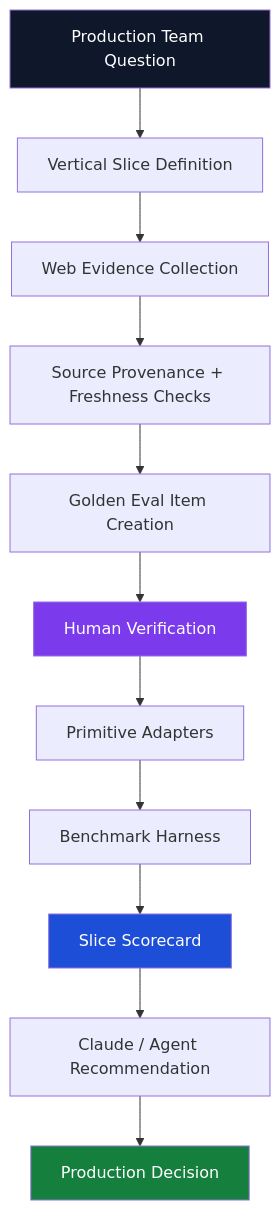
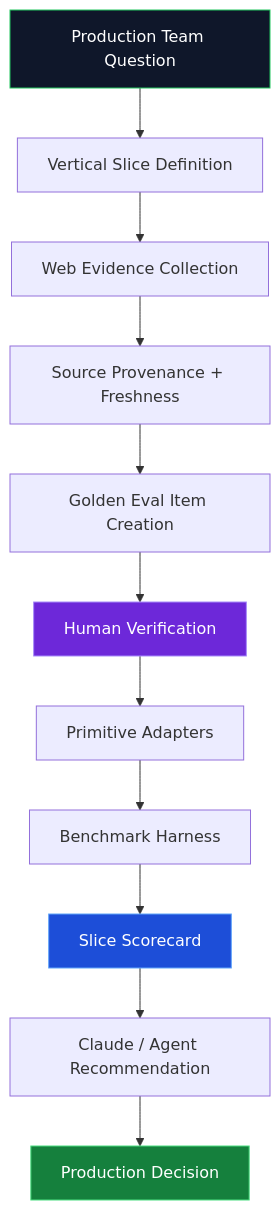
The fourth of 4 diagrams in README.md (arlenk2021/arlenk2021), drawn with Mermaid before and after one commit. The commit also changed other lines of this file, not shown here.

First line of the commit message:
Add visual timeline + terminal narrative to profile README

````diff
--- a/README.md
+++ b/README.md
@@ -135,17 +158,17 @@
 ```mermaid
 flowchart TD
-    A[Production Team Question] --> B[Vertical Slice Definition]
+    A[Production Team Question]:::dark --> B[Vertical Slice Definition]
     B --> C[Web Evidence Collection]
-    C --> D[Source Provenance + Freshness Checks]
+    C --> D[Source Provenance + Freshness]
     D --> E[Golden Eval Item Creation]
-    E --> F[Human Verification]
+    E --> F[Human Verification]:::purple
     F --> G[Primitive Adapters]
     G --> H[Benchmark Harness]
-    H --> I[Slice Scorecard]
+    H --> I[Slice Scorecard]:::blue
     I --> J[Claude / Agent Recommendation]
-    J --> K[Production Decision]
-    style A fill:#0f172a,color:#fff
-    style F fill:#7c3aed,color:#fff
-    style I fill:#1d4ed8,color:#fff
-    style K fill:#15803d,color:#fff
+    J --> K[Production Decision]:::green
+    classDef dark fill:#0f172a,color:#fff,stroke:#22c55e
+    classDef purple fill:#6d28d9,color:#fff,stroke:#a78bfa
+    classDef blue fill:#1d4ed8,color:#fff,stroke:#60a5fa
+    classDef green fill:#15803d,color:#fff,stroke:#4ade80
 ```
````
